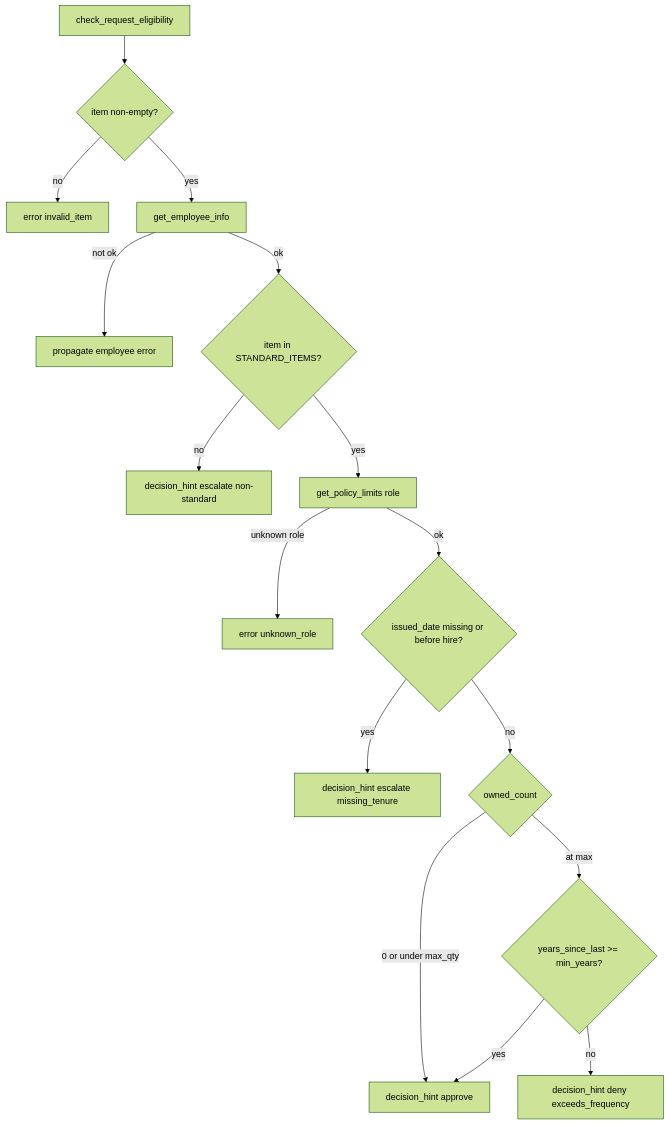
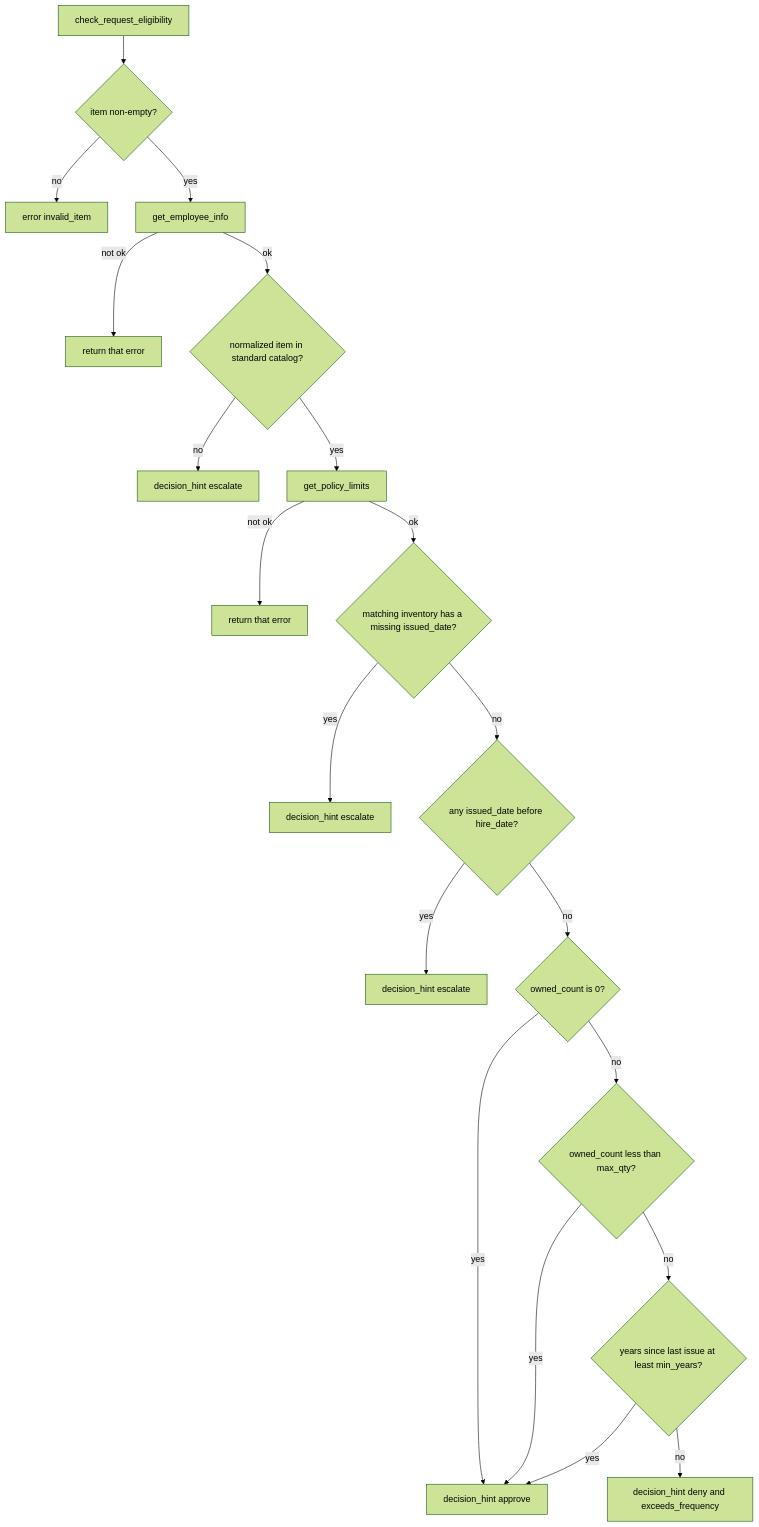
The second of 2 diagrams in docs/architecture.md (vidhikansara26/w7_mcp), drawn with Mermaid (forest theme) before and after one commit. The commit also changed other lines of this file and 23 other files, not shown here.

````diff
--- a/docs/architecture.md
+++ b/docs/architecture.md
@@ -132,18 +126,22 @@
 ```mermaid
 flowchart TD
-  Start[check_request_eligibility] --> ValidItem{item non-empty?}
-  ValidItem -->|no| ErrItem[error invalid_item]
-  ValidItem -->|yes| Emp[get_employee_info]
-  Emp -->|not ok| ErrEmp[propagate employee error]
-  Emp -->|ok| Std{item in STANDARD_ITEMS?}
-  Std -->|no| HintEscNS[decision_hint escalate non-standard]
-  Std -->|yes| Pol[get_policy_limits role]
-  Pol -->|unknown role| ErrRole[error unknown_role]
-  Pol -->|ok| Dates{issued_date missing or before hire?}
-  Dates -->|yes| HintEscTenure[decision_hint escalate missing_tenure]
-  Dates -->|no| Own{owned_count}
-  Own -->|0 or under max_qty| HintApprove[decision_hint approve]
-  Own -->|at max| Years{years_since_last >= min_years?}
+  Start[check_request_eligibility] --> Item{item non-empty?}
+  Item -->|no| ErrItem[error invalid_item]
+  Item -->|yes| Emp[get_employee_info]
+  Emp -->|not ok| ErrEmp[return that error]
+  Emp -->|ok| Std{normalized item in standard catalog?}
+  Std -->|no| HintNS[decision_hint escalate]
+  Std -->|yes| Pol[get_policy_limits]
+  Pol -->|not ok| ErrRole[return that error]
+  Pol -->|ok| Missing{matching inventory has a missing issued_date?}
+  Missing -->|yes| HintTenure[decision_hint escalate]
+  Missing -->|no| BeforeHire{any issued_date before hire_date?}
+  BeforeHire -->|yes| HintConflict[decision_hint escalate]
+  BeforeHire -->|no| Zero{owned_count is 0?}
+  Zero -->|yes| HintApprove[decision_hint approve]
+  Zero -->|no| Under{owned_count less than max_qty?}
+  Under -->|yes| HintApprove
+  Under -->|no| Years{years since last issue at least min_years?}
   Years -->|yes| HintApprove
-  Years -->|no| HintDeny[decision_hint deny exceeds_frequency]
+  Years -->|no| HintDeny[decision_hint deny and exceeds_frequency]
 ```
````
